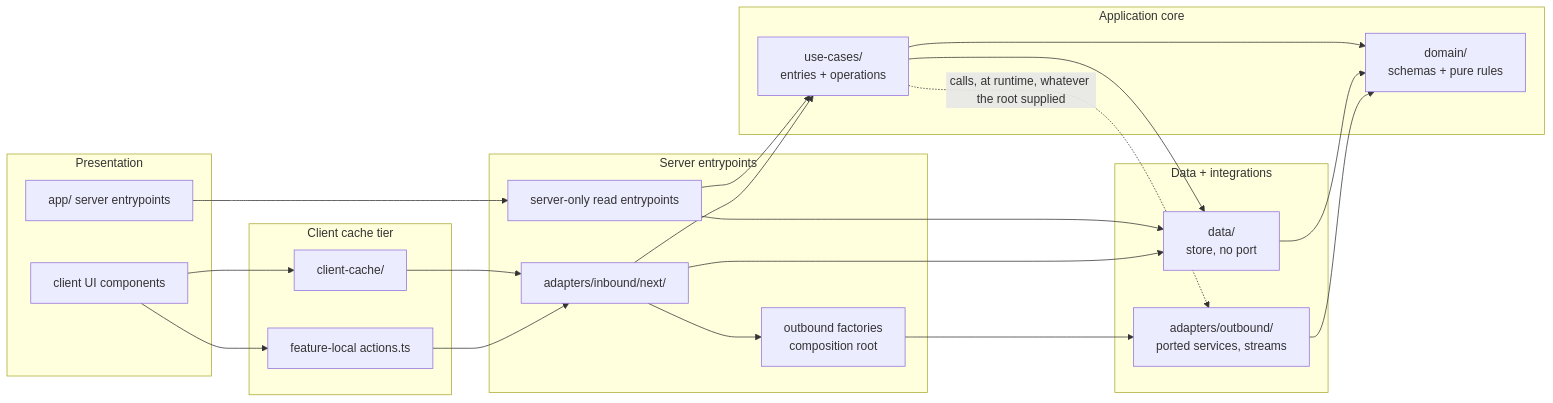
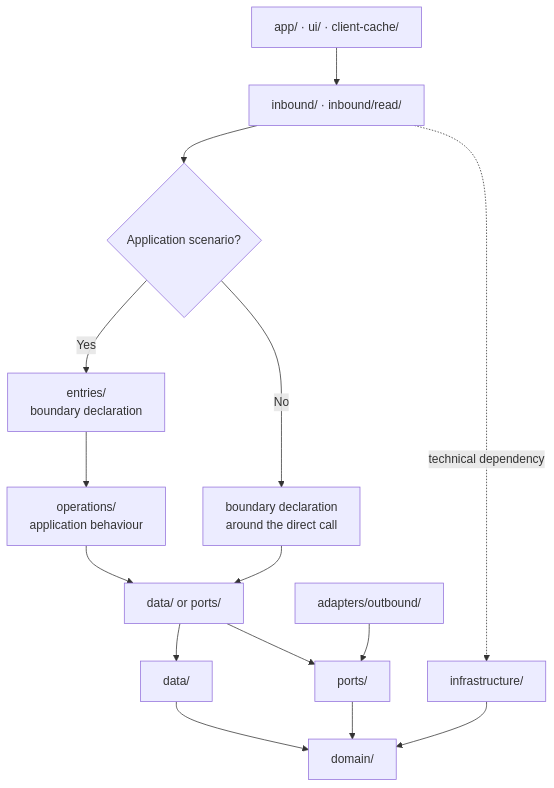
The first of 4 diagrams in docs/architecture-contract.md (clicktronix/nextjs-clean-skills), drawn with Mermaid before and after one commit. The commit also changed other lines of this file and 10 other files, not shown here.

````diff
--- a/docs/architecture-contract.md
+++ b/docs/architecture-contract.md
@@ -41,41 +24,17 @@
 ```mermaid
-flowchart LR
-  subgraph Presentation["Presentation"]
-    RSC["app/ server entrypoints"]
-    ClientUI["client UI components"]
-  end
-  subgraph ClientServerBridge["Client cache tier"]
-    ClientCache["client-cache/"]
-    LocalActions["feature-local actions.ts"]
-  end
-  subgraph Server["Server entrypoints"]
-    ReadEntry["server-only read entrypoints"]
-    Inbound["adapters/inbound/next/"]
-    Factories["outbound factories\ncomposition root"]
-  end
-  subgraph Application["Application core"]
-    UseCases["use-cases/\nentries + operations"]
-    Domain["domain/\nschemas + pure rules"]
-  end
-  subgraph Persistence["Data + integrations"]
-    Data["data/\nstore, no port"]
-    Outbound["adapters/outbound/\nported services, streams"]
-  end
-
-  RSC --> ReadEntry
-  ClientUI --> ClientCache
-  ClientUI --> LocalActions
-  ClientCache --> Inbound
-  LocalActions --> Inbound
-  ReadEntry --> UseCases
-  Inbound --> UseCases
-  Inbound --> Factories
-  Factories --> Outbound
-  UseCases --> Data
-  ReadEntry --> Data
-  Inbound --> Data
-  UseCases --> Domain
+flowchart TB
+  Presentation["app/ · ui/ · client-cache/"] --> Delivery["inbound/ · inbound/read/"]
+  Delivery --> Scenario{"Application scenario?"}
+  Scenario -->|Yes| Entries["entries/<br/>boundary declaration"]
+  Entries --> Operations["operations/<br/>application behaviour"]
+  Scenario -->|No| Direct["boundary declaration<br/>around the direct call"]
+  Operations --> Access["data/ or ports/"]
+  Direct --> Access
+  Access --> Data["data/"]
+  Access --> Ports["ports/"]
   Data --> Domain
-  Outbound --> Domain
-  UseCases -. "calls, at runtime, whatever the root supplied" .-> Outbound
+  Ports --> Domain["domain/"]
+  Outbound["adapters/outbound/"] --> Ports
+  Delivery -. "technical dependency" .-> Infrastructure["infrastructure/"]
+  Infrastructure --> Domain
 ```
````
